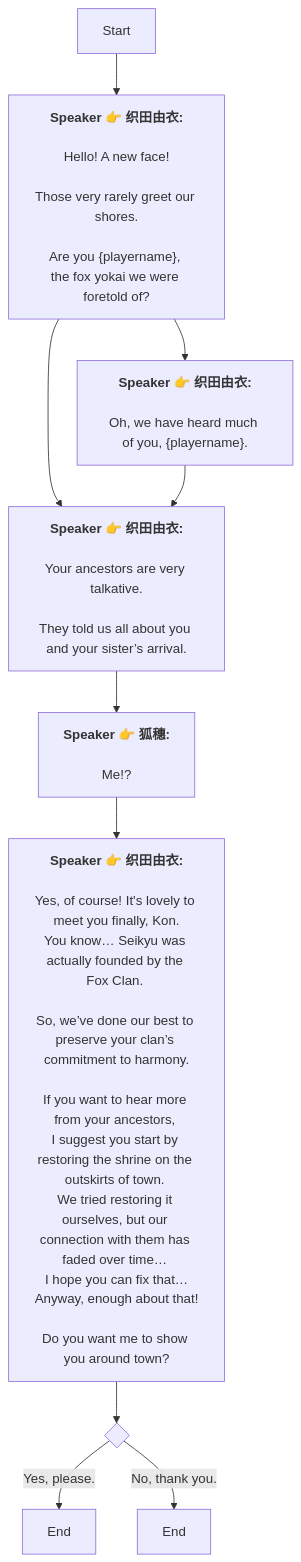
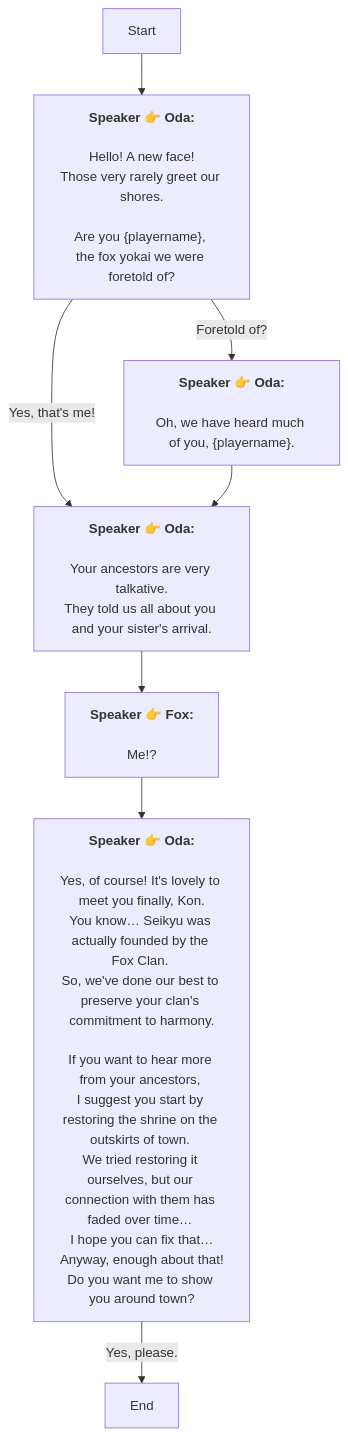
Before and after one commit to SoftHu/tos_avg: the diagram in Zh/QuestStartTalkENode_1741755357507828.md, drawn with Mermaid. The commit also changed 737 other files, not shown here.

````diff
--- a/Zh/QuestStartTalkENode_1741755357507828.md
+++ b/Zh/QuestStartTalkENode_1741755357507828.md
@@ -1,48 +1,30 @@
 ```mermaid
 graph
-Start -->1741755494745335[<b>Speaker 👉 织田由衣:</b>
-
-Hello! A new face!
-
+Start -->1741755494745335[<b>Speaker 👉 Oda:</b>
+\nHello! A new face!
 Those very rarely greet our shores.
-
-Are you &lbrace;playername&rbrace;, 
+\nAre you &lbrace;playername&rbrace;, 
 the fox yokai we were foretold of?]
-1741755494745335 -->1772249115197577[<b>Speaker 👉 织田由衣:</b>
-
-Your ancestors are very talkative.
-
-They told us all about you and your sister’s arrival.
+1741755494745335 -->|Yes, that's me!|1772249115197577[<b>Speaker 👉 Oda:</b>
+\nYour ancestors are very talkative.
+They told us all about you and your sister's arrival.
 ]
-1741755494745335 -->1772249154253962[<b>Speaker 👉 织田由衣:</b>
-
-Oh, we have heard much of you, &lbrace;playername&rbrace;.]
-1772249115197577 -->1741757163471162[<b>Speaker 👉 狐穗:</b>
-
-Me!?]
-1741757163471162 -->1772249178320011[<b>Speaker 👉 织田由衣:</b>
-
-Yes, of course! It's lovely to meet you finally, Kon.
-You know… Seikyu was actually founded by the Fox Clan. 
-
-So, we’ve done our best to preserve your clan’s commitment to harmony.
-
-If you want to hear more from your ancestors, 
-I suggest you start by restoring the shrine on the outskirts of town. 
-We tried restoring it ourselves, but our connection with them has faded over time… 
-I hope you can fix that…
-Anyway, enough about that!
-
+1741755494745335 -->|Foretold of?|1772249154253962[<b>Speaker 👉 Oda:</b>
+\nOh, we have heard much of you, &lbrace;playername&rbrace;.]
+1772249115197577 -->1741757163471162[<b>Speaker 👉 Fox:</b>
+\nMe!?]
+1741757163471162 -->1772249178320011[<b>Speaker 👉 Oda:</b>
+\nYes, of course! It's lovely to meet you finally, Kon.\nYou know… Seikyu was actually founded by the Fox Clan. 
+So, we've done our best to preserve your clan's commitment to harmony.
+\nIf you want to hear more from your ancestors, 
+I suggest you start by restoring the shrine on the outskirts of town. \nWe tried restoring it ourselves, but our connection with them has faded over time… 
+I hope you can fix that…\nAnyway, enough about that!
 Do you want me to show you around town?
 ]
-1772249178320011 -->1772249258069136{ }
-1772249258069136 -->|Yes, please.|1741757282187580[End]
-1772249258069136 -->|No, thank you.|1772249465832593[End]
-1772249154253962 -->1772249115197577[<b>Speaker 👉 织田由衣:</b>
-
-Your ancestors are very talkative.
-
-They told us all about you and your sister’s arrival.
+1772249178320011 -->|Yes, please.|1741757282187580[End]
+1772249154253962 -->1772249115197577[<b>Speaker 👉 Oda:</b>
+\nYour ancestors are very talkative.
+They told us all about you and your sister's arrival.
 ]
 
- ```
+```
````
